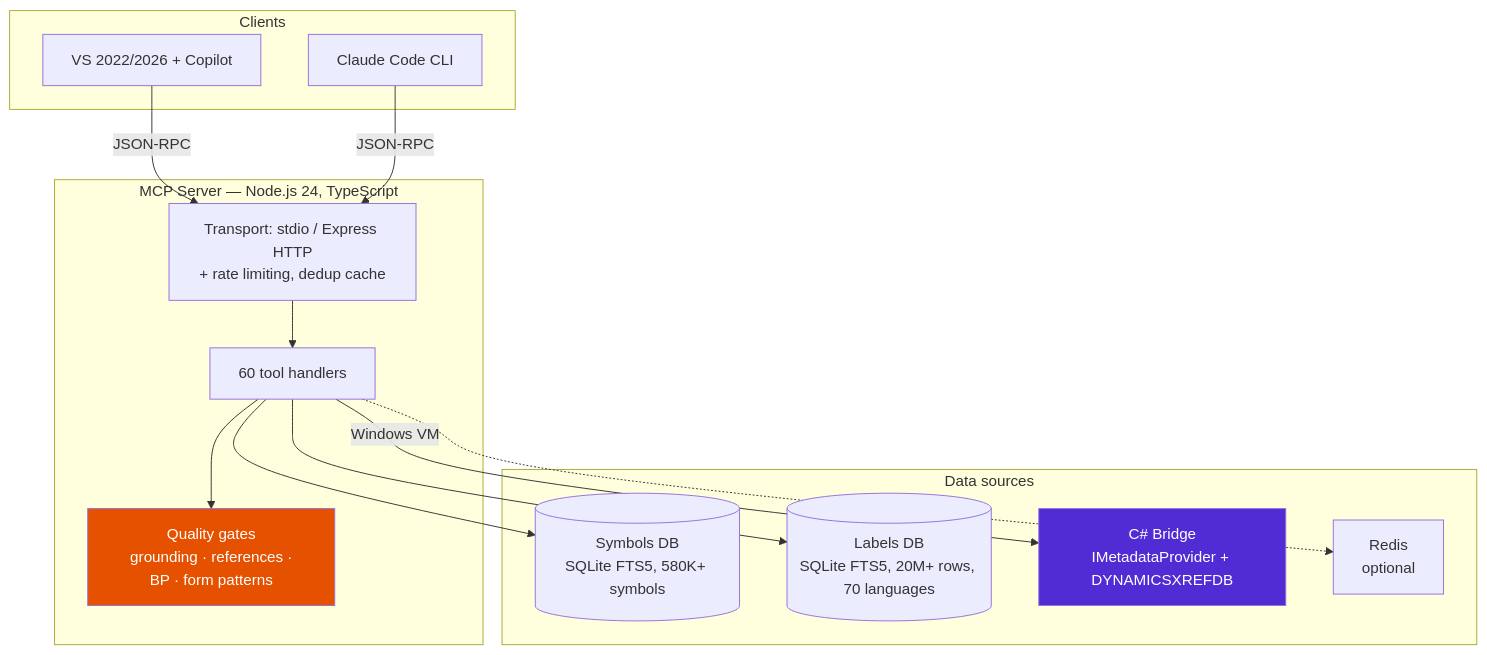
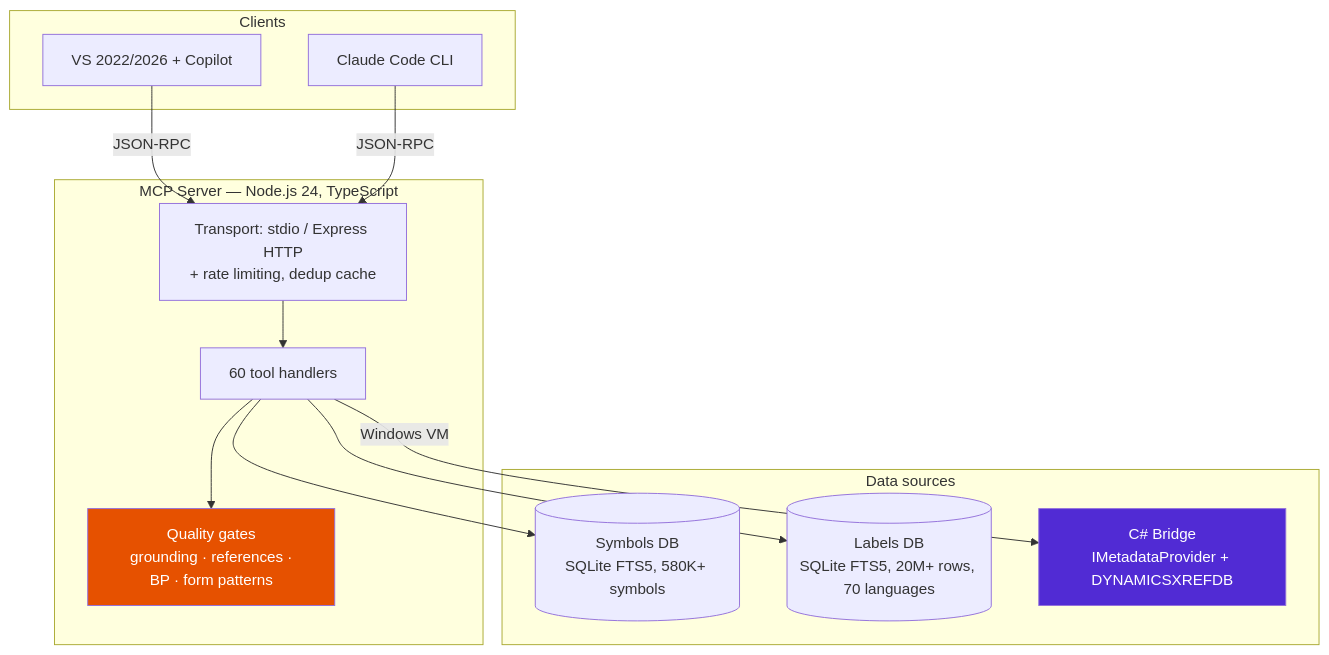
The first of 5 diagrams in docs/ARCHITECTURE.md (laeliand/d365fo-mcp-server), drawn with Mermaid before and after one commit. The commit also changed other lines of this file and 14 other files, not shown here.

First line of the commit message:
feat: remove Redis cache dependency

````diff
--- a/docs/ARCHITECTURE.md
+++ b/docs/ARCHITECTURE.md
@@ -9,29 +9,27 @@
 ```mermaid
 graph TB
     subgraph Clients
         VS[VS 2022/2026 + Copilot]
         CC[Claude Code CLI]
     end
 
     subgraph "MCP Server — Node.js 24, TypeScript"
         TRANSPORT[Transport: stdio / Express HTTP\n+ rate limiting, dedup cache]
         TOOLS[60 tool handlers]
         GATES[Quality gates\n grounding · references · BP · form patterns]
     end
 
     subgraph "Data sources"
         DB[(Symbols DB\nSQLite FTS5, 580K+ symbols)]
         LDB[(Labels DB\nSQLite FTS5, 20M+ rows, 70 languages)]
         BRIDGE[C# Bridge\nIMetadataProvider + DYNAMICSXREFDB]
-        CACHE[Redis\noptional]
     end
 
     VS & CC -->|JSON-RPC| TRANSPORT --> TOOLS
     TOOLS --> GATES
     TOOLS --> DB & LDB
     TOOLS -->|Windows VM| BRIDGE
-    TOOLS -.-> CACHE
 
     style BRIDGE fill:#512BD4,color:#fff
     style GATES fill:#E65100,color:#fff
 ```
````
